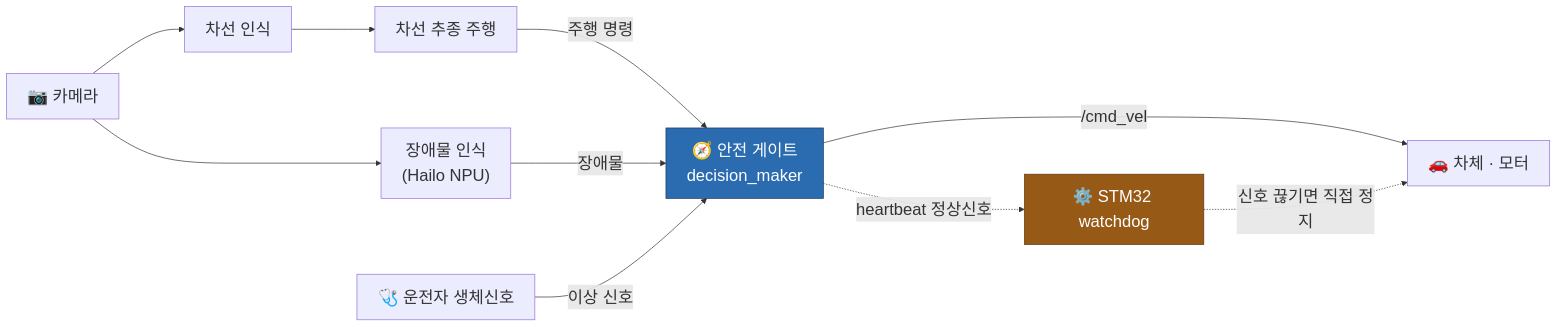
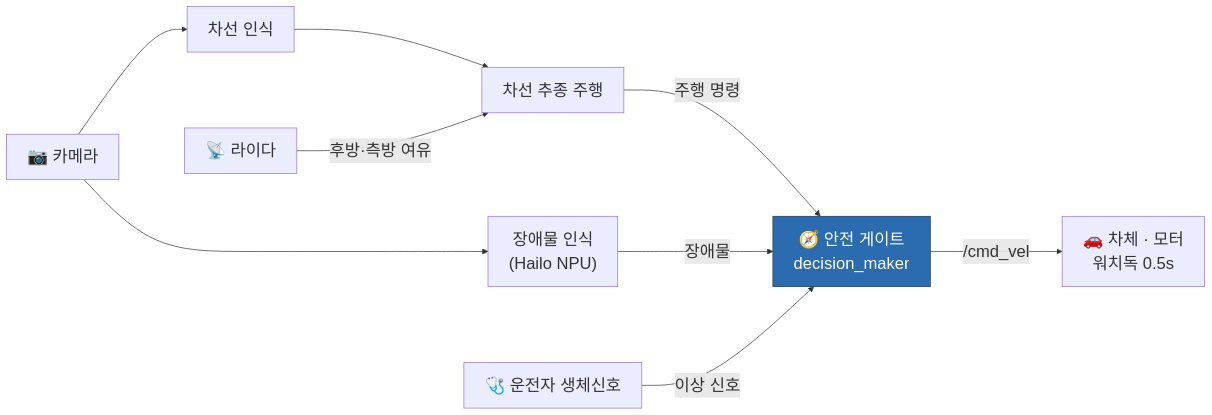
Before and after one commit to seungwp/2026_CDP: the first of 2 diagrams in README.md, drawn with Mermaid. The commit also changed other lines of this file and 13 other files, not shown here.

````diff
--- a/README.md
+++ b/README.md
@@ -92,18 +91,16 @@
 ```mermaid
 %%{init: {'flowchart': {'nodeSpacing': 110, 'rankSpacing': 95}, 'themeVariables': {'fontSize': '24px'}}}%%
 flowchart LR
     CAM["📷 카메라"] --> LANE["차선 인식"]
     CAM --> OBJ["장애물 인식<br/>(Hailo NPU)"]
     LANE --> DRIVE["차선 추종 주행"]
 
     DRIVE -->|주행 명령| GATE
     OBJ -->|장애물| GATE
     BIO["🩺 운전자 생체신호"] -->|이상 신호| GATE
 
-    GATE["🧭 안전 게이트<br/>decision_maker"] -->|"/cmd_vel"| CAR["🚗 차체 · 모터"]
-    GATE -.->|heartbeat 정상신호| STM["⚙️ STM32 watchdog"]
-    STM -.->|신호 끊기면 직접 정지| CAR
+    LIDAR["📡 라이다"] -->|후방·측방 여유| DRIVE
+    GATE["🧭 안전 게이트<br/>decision_maker"] -->|"/cmd_vel"| CAR["🚗 차체 · 모터<br/>워치독 0.5s"]
 
     style GATE fill:#2b6cb0,stroke:#1a365d,color:#ffffff
-    style STM fill:#975a16,stroke:#5f370e,color:#ffffff
 ```
````
